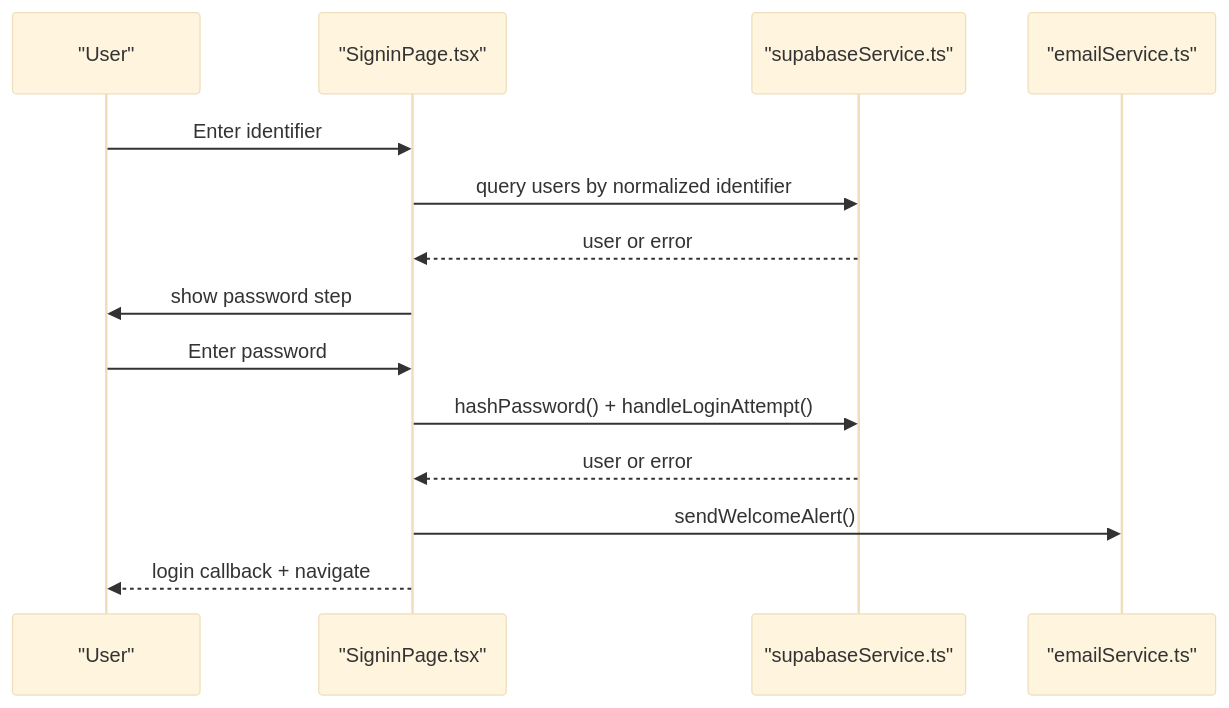
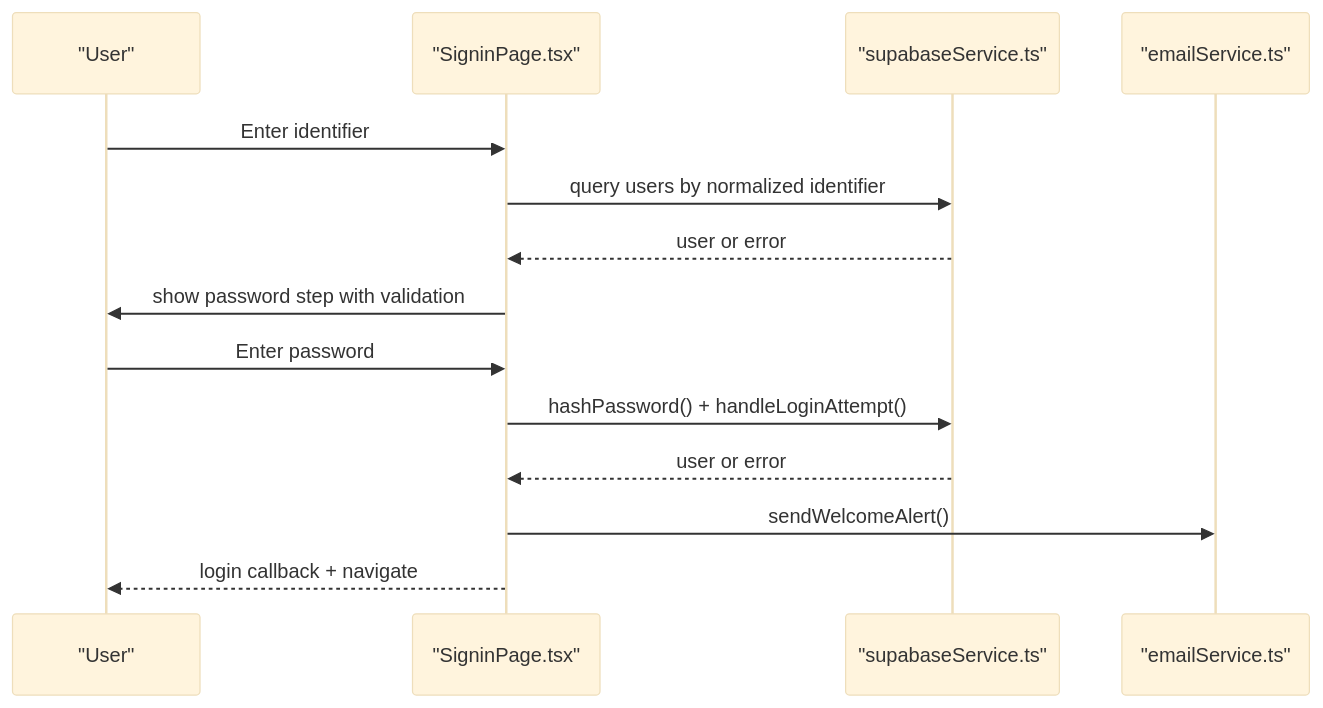
One commit to zpria/ACCOUND-ZPRIA changed the sixth of 14 diagrams in .qoder/repowiki/en/content/Authentication System/Authentication System.md. Above: the diagram before and after it, drawn with Mermaid (base theme). The commit also changed other lines of this file and 12 other files, not shown here.

````diff
--- a/.qoder/repowiki/en/content/Authentication System/Authentication System.md
+++ b/.qoder/repowiki/en/content/Authentication System/Authentication System.md
@@ -250,16 +272,16 @@
 ```mermaid
 sequenceDiagram
 participant User as "User"
 participant Signin as "SigninPage.tsx"
 participant Supabase as "supabaseService.ts"
 participant Email as "emailService.ts"
 User->>Signin : Enter identifier
 Signin->>Supabase : query users by normalized identifier
 Supabase-->>Signin : user or error
-Signin->>User : show password step
+Signin->>User : show password step with validation
 User->>Signin : Enter password
 Signin->>Supabase : hashPassword() + handleLoginAttempt()
 Supabase-->>Signin : user or error
 Signin->>Email : sendWelcomeAlert()
 Signin-->>User : login callback + navigate
 ```
````
